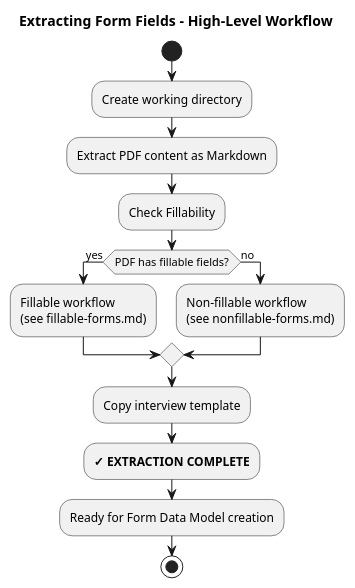
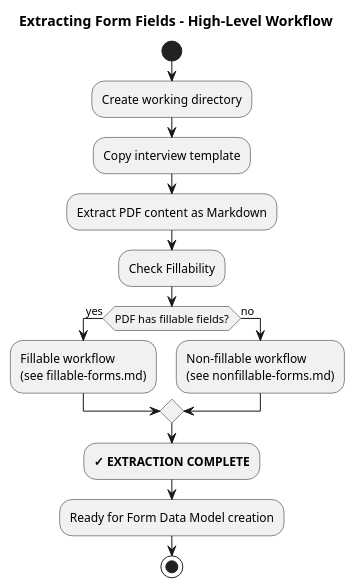
One commit to jhs/Chatfield changed the diagram in Claude/filling-pdf-forms/skills/extracting-form-fields/SKILL.md. Above: the diagram before and after it, drawn with PlantUML. The commit also changed other lines of this file, not shown here.

Commit message:
Copy the interview template earlier

````diff
--- a/Claude/filling-pdf-forms/skills/extracting-form-fields/SKILL.md
+++ b/Claude/filling-pdf-forms/skills/extracting-form-fields/SKILL.md
@@ -26,20 +26,20 @@
 ```plantuml
 @startuml SKILL
 title Extracting Form Fields - High-Level Workflow
 start
 :Create working directory;
+:Copy interview template;
 :Extract PDF content as Markdown;
 :Check Fillability;
 if (PDF has fillable fields?) then (yes)
   :Fillable workflow
   (see fillable-forms.md);
 else (no)
   :Non-fillable workflow
   (see nonfillable-forms.md);
 endif
-:Copy interview template;
 :**✓ EXTRACTION COMPLETE**;
 :Ready for Form Data Model creation;
 stop
 @enduml
 ```
````
